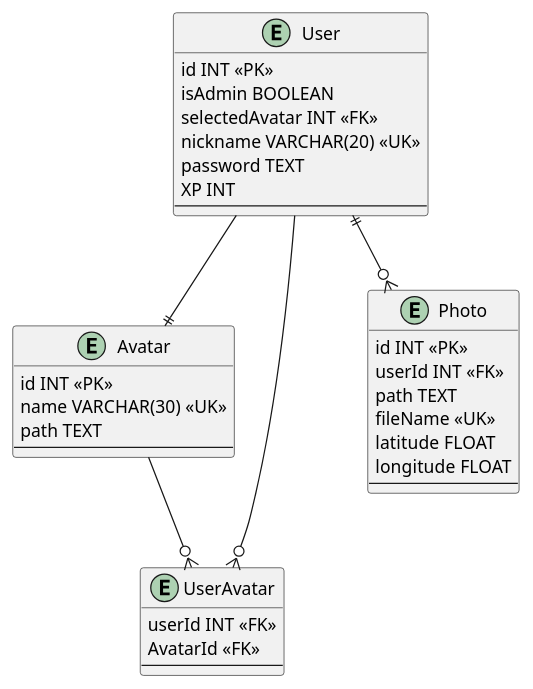
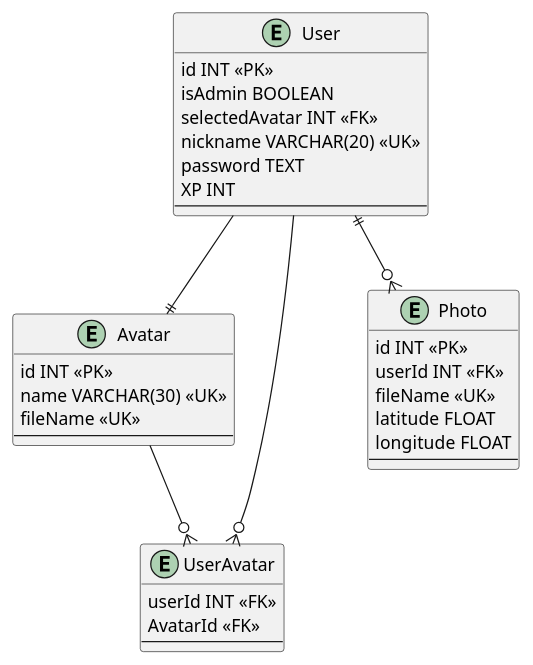
The diagram in database/design/DER_095.plantuml (augusto-dmh/095cm_xrlab_backend), drawn with PlantUML before and after one commit. The commit also changed 2 other files, not shown here.

Commit message:
feat: path and url removed from tables
path and url would contains the url/path to the resource on web, but that is not useful to be stored: the url can be a virtual column available on an ORM model, and it only needs 'filename' column from image tables.

```diff
--- a/database/design/DER_095.plantuml
+++ b/database/design/DER_095.plantuml
@@ -1,41 +1,40 @@
 @startuml DER
 
 entity User {
     id INT <<PK>>
     isAdmin BOOLEAN
     selectedAvatar INT <<FK>>
     nickname VARCHAR(20) <<UK>>
     password TEXT
     XP INT
     --
 }
 
 entity Avatar {
     id INT <<PK>>
     name VARCHAR(30) <<UK>>
-    path TEXT
+    fileName <<UK>>
     --
 }
 
 entity UserAvatar {
     userId INT <<FK>>
     AvatarId <<FK>>
     --
 }
 
 entity Photo {
     id INT <<PK>>
     userId INT <<FK>>
-    path TEXT
     fileName <<UK>>
     latitude FLOAT
     longitude FLOAT
     --
 }
 
 User ||--o{ Photo
 User --|| Avatar
 User --o{ UserAvatar
 Avatar --o{ UserAvatar
 
 @enduml
```
